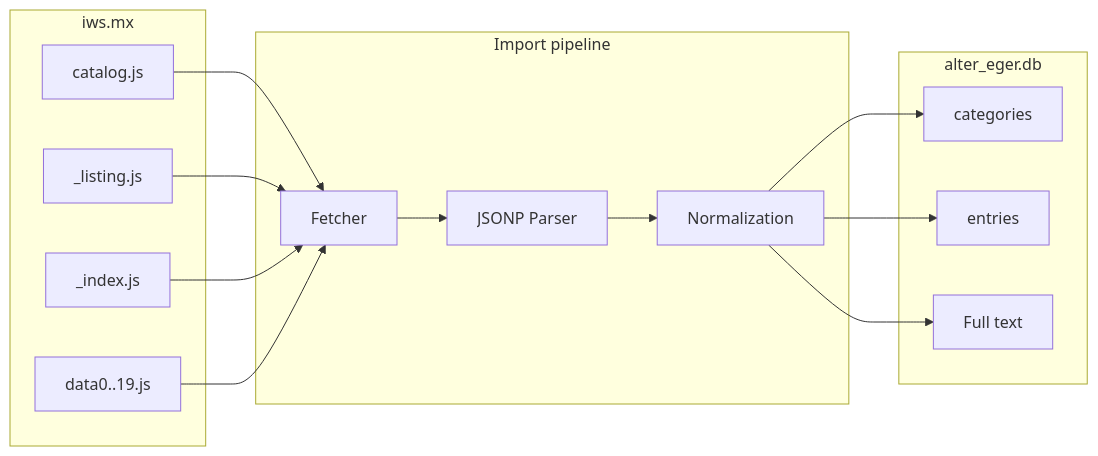
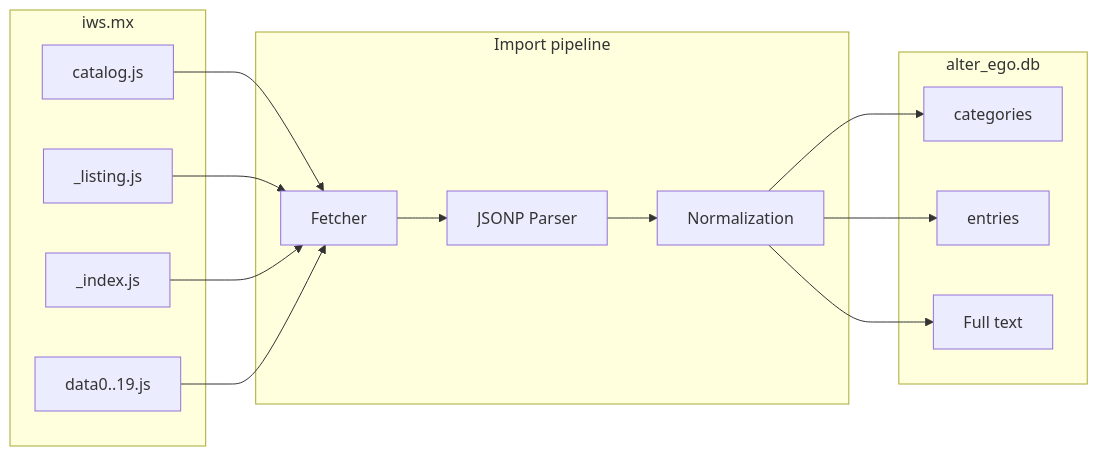
One commit to BlackScyther/alter_ego changed the second of 4 diagrams in PROJECT.md. Above: the diagram before and after it, drawn with Mermaid. The commit also changed other lines of this file and 38 other files, not shown here.

First line of the commit message:
Fix misspelled slug alter-eger -> alter-ego (incl. compendium DB filename)

````diff
--- a/PROJECT.md
+++ b/PROJECT.md
@@ -108,26 +108,26 @@
 ```mermaid
 flowchart LR
   subgraph source [iws.mx]
     catalog[catalog.js]
     listing["_listing.js"]
     index["_index.js"]
     data["data0..19.js"]
   end
   subgraph import [Import pipeline]
     fetch[Fetcher]
     parse[JSONP Parser]
     normalize[Normalization]
   end
-  subgraph local [alter_eger.db]
+  subgraph local [alter_ego.db]
     categories[categories]
     entries[entries]
     fts[Full text]
   end
   catalog --> fetch
   listing --> fetch
   index --> fetch
   data --> fetch
   fetch --> parse --> normalize --> categories
   normalize --> entries
   normalize --> fts
 ```
````
